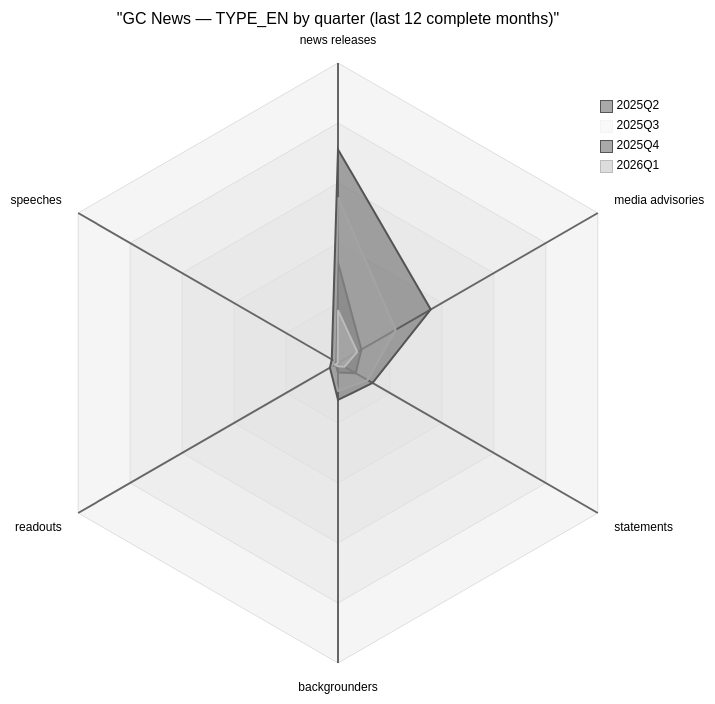
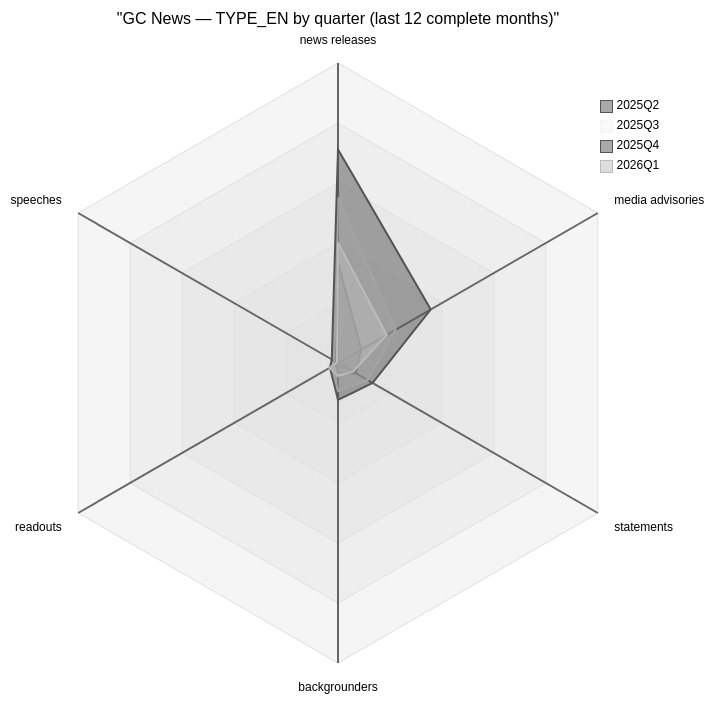
Before and after one commit to PatLittle/GC-News-Nouvelles-GC: the diagram in docs/type_axes_quarter_curves.md, drawn with Mermaid (neutral theme). The commit also changed 1 other file, not shown here.

Commit message:
Update quarterly TYPE_EN radar (last 12 complete months)

````diff
--- a/docs/type_axes_quarter_curves.md
+++ b/docs/type_axes_quarter_curves.md
@@ -3,13 +3,13 @@
 ```mermaid
 radar-beta
   title "GC News — TYPE_EN by quarter (last 12 complete months)"
   axis t1["news releases"], t2["media advisories"], t3["statements"], t4["backgrounders"], t5["readouts"], t6["speeches"]
 
   curve q1["2025Q2"]{334, 90, 68, 32, 9, 11}
   curve q2["2025Q3"]{552, 222, 114, 93, 26, 14}
   curve q3["2025Q4"]{712, 357, 133, 123, 31, 24}
-  curve q4["2026Q1"]{176, 74, 25, 11, 11, 1}
+  curve q4["2026Q1"]{401, 187, 58, 43, 33, 4}
 
   graticule polygon
   max 1000
 ```
````
